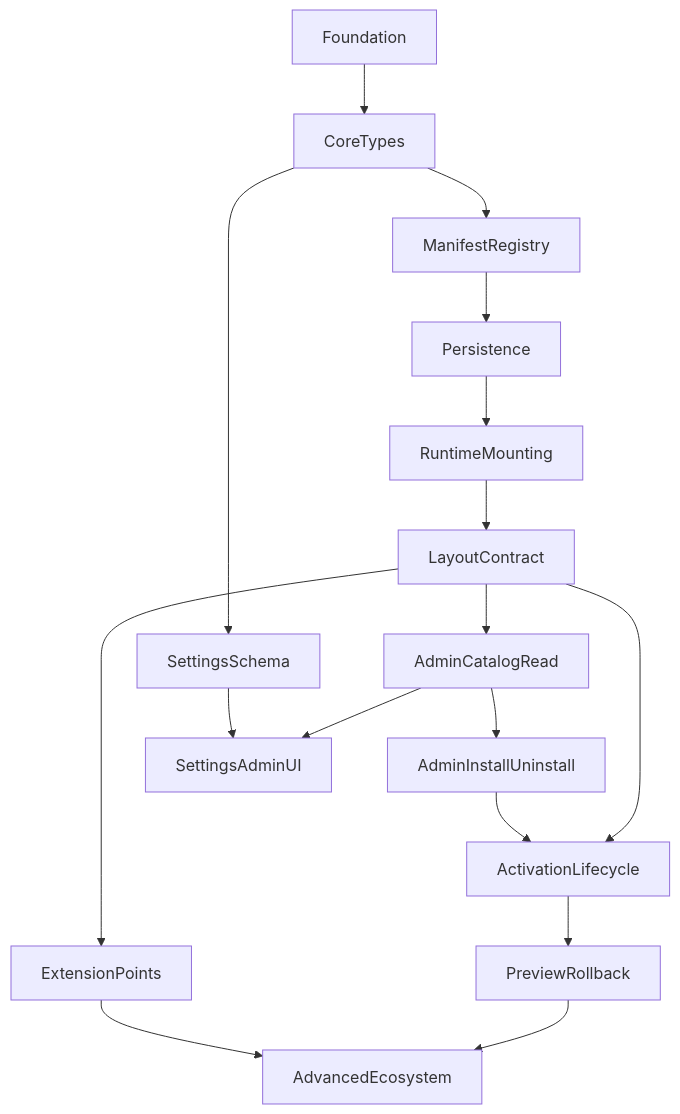
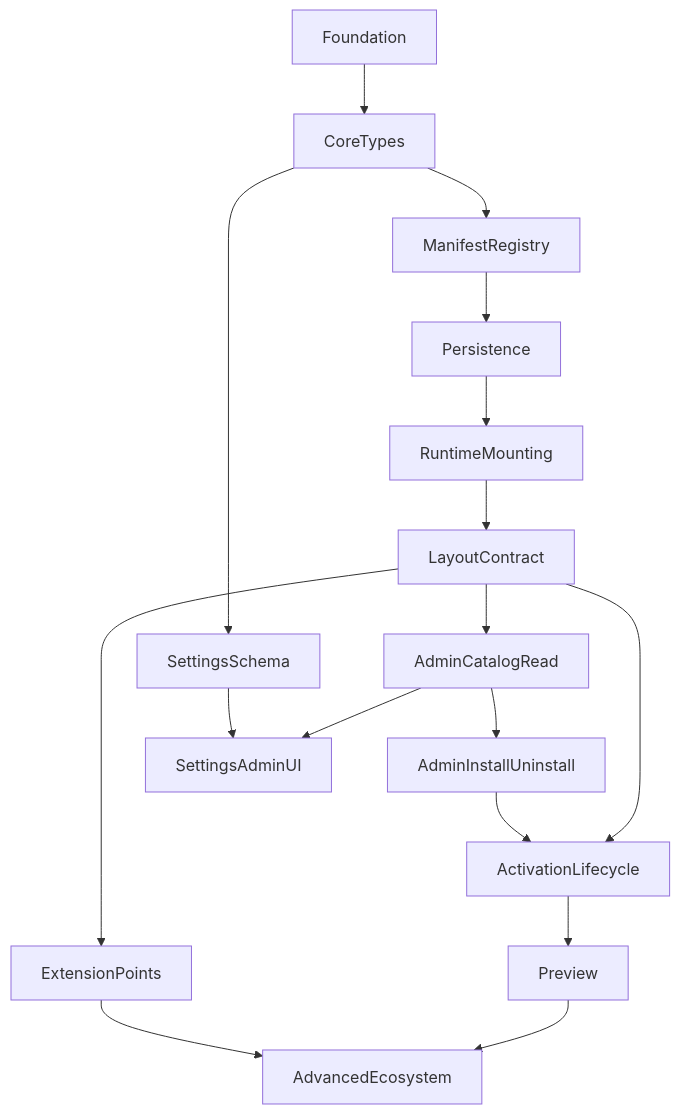
One commit to viseed/cms changed the diagram in .cursor/plans/theme_00_index.plan.md. Above: the diagram before and after it, drawn with Mermaid. The commit also changed other lines of this file and 14 other files, not shown here.

````diff
--- a/.cursor/plans/theme_00_index.plan.md
+++ b/.cursor/plans/theme_00_index.plan.md
@@ -32,19 +32,19 @@
 ```mermaid
 flowchart TD
   plan01[Foundation] --> plan02[CoreTypes]
   plan02 --> plan03[ManifestRegistry]
   plan02 --> plan09[SettingsSchema]
   plan03 --> plan04[Persistence]
   plan04 --> plan05[RuntimeMounting]
   plan05 --> plan06[LayoutContract]
   plan06 --> plan07[AdminCatalogRead]
   plan06 --> plan13[ExtensionPoints]
   plan07 --> plan08[AdminInstallUninstall]
   plan09 --> plan10[SettingsAdminUI]
   plan07 --> plan10
   plan08 --> plan11[ActivationLifecycle]
   plan06 --> plan11
-  plan11 --> plan12[PreviewRollback]
+  plan11 --> plan12[Preview]
   plan13 --> plan14[AdvancedEcosystem]
   plan12 --> plan14
 ```
````
